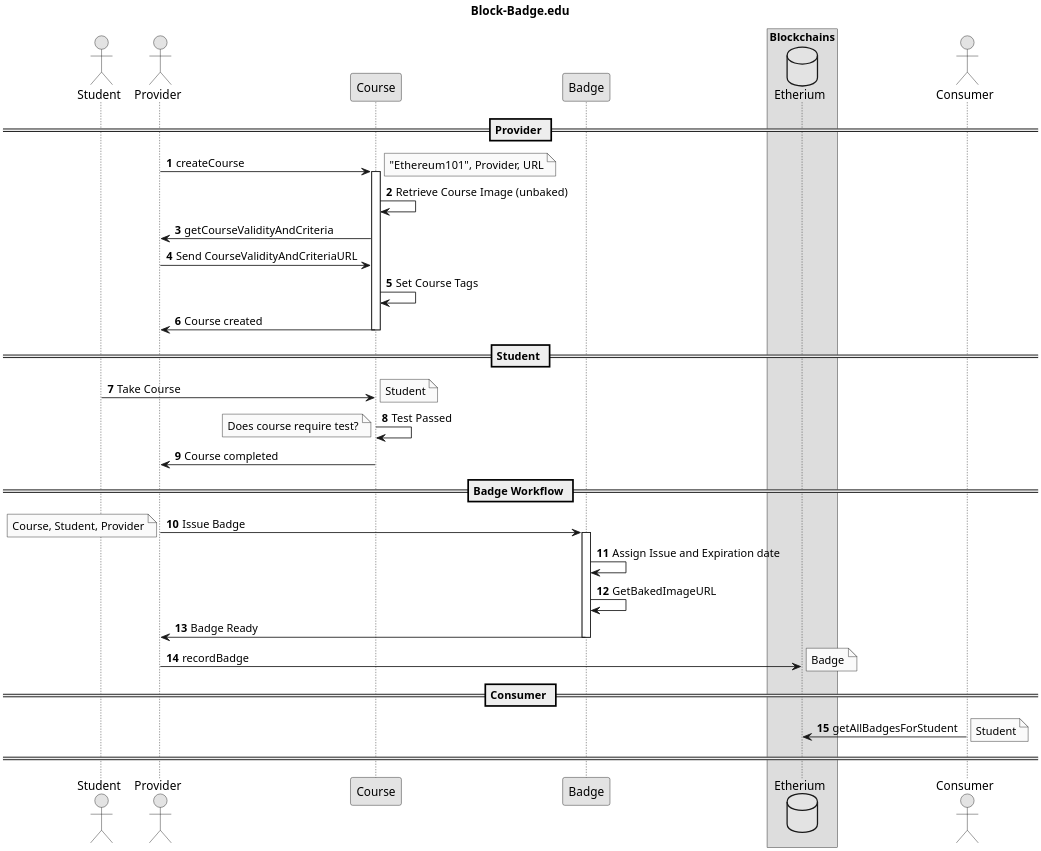
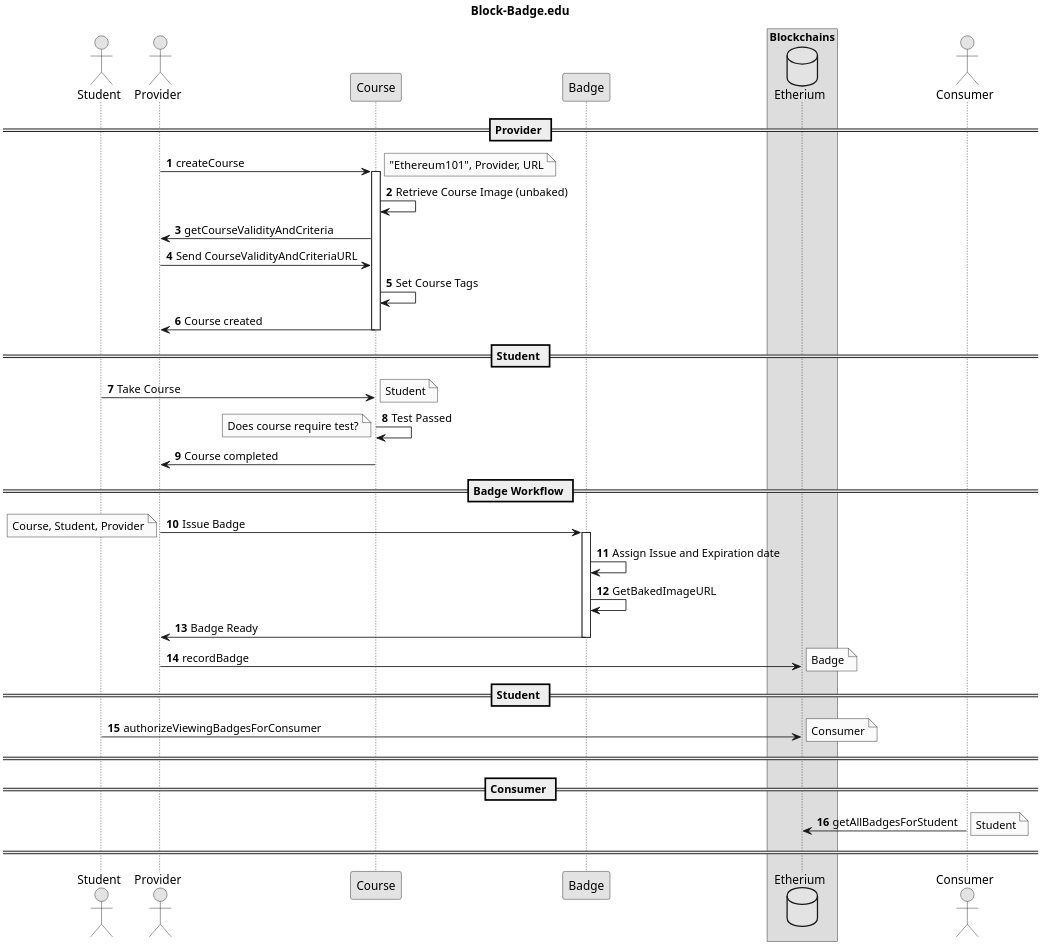
The diagram in Block-Badge.pu (ultra-koder/block-badge), drawn with PlantUML before and after one commit. The commit also changed 1 other file, not shown here.

Commit message:
Added student authorization for COnsumer

```diff
--- a/Block-Badge.pu
+++ b/Block-Badge.pu
@@ -1,59 +1,66 @@
 @startuml
 
 title Block-Badge.edu
 
 skinparam monochrome true
 skinparam dpi 300
 
 autonumber
 
 actor Student
 actor Provider
 database "Etherium"
 
 == Provider ==
 
 Provider -> Course: createCourse
 note right: "Ethereum101", Provider, URL
 activate Course
 Course -> Course: Retrieve Course Image (unbaked)
 Course -> Provider: getCourseValidityAndCriteria
 Provider -> Course: Send CourseValidityAndCriteriaURL
 Course -> Course: Set Course Tags
 Course -> Provider: Course created
 deactivate Course
 
 == Student ==
 
 Student -> Course: Take Course
 note right: Student
 Course -> Course: Test Passed
 note left: Does course require test?
 Course -> Provider: Course completed
 
 == Badge Workflow ==
 
 Provider -> Badge: Issue Badge
 note left: Course, Student, Provider
 activate Badge
 Badge -> Badge: Assign Issue and Expiration date
 Badge -> Badge: GetBakedImageURL
 Badge -> Provider: Badge Ready
 deactivate Badge
 Provider -> Etherium: recordBadge
 note right: Badge
 
   box "Blockchains"
     participant Etherium
   end box
 
 actor Consumer
 
+== Student ==
+
+Student -> Etherium: authorizeViewingBadgesForConsumer
+note right: Consumer
+
+==  ==
+
 == Consumer ==
 
 Consumer -> Etherium: getAllBadgesForStudent
 note right: Student
 
 ==  ==
 
 @enduml
```
